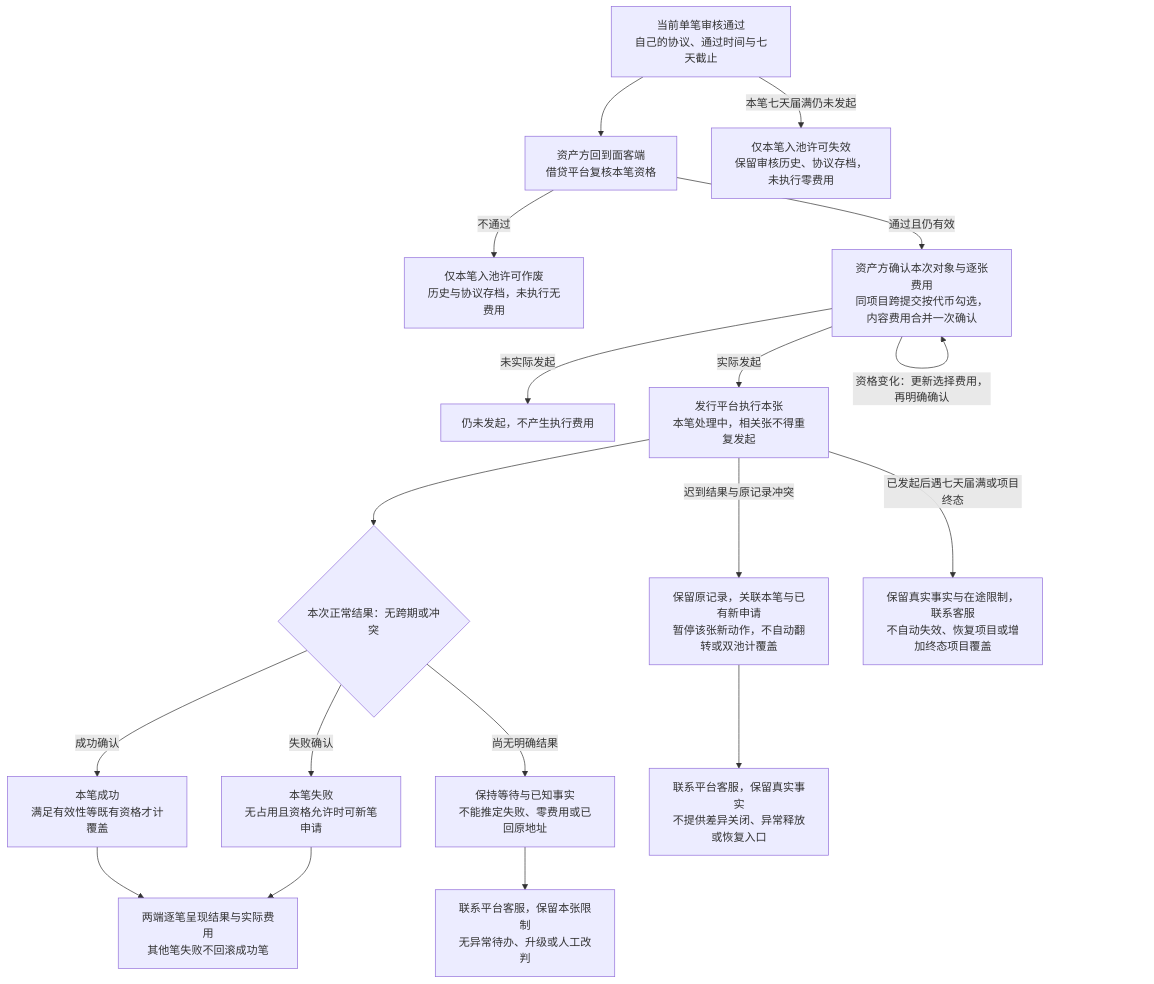
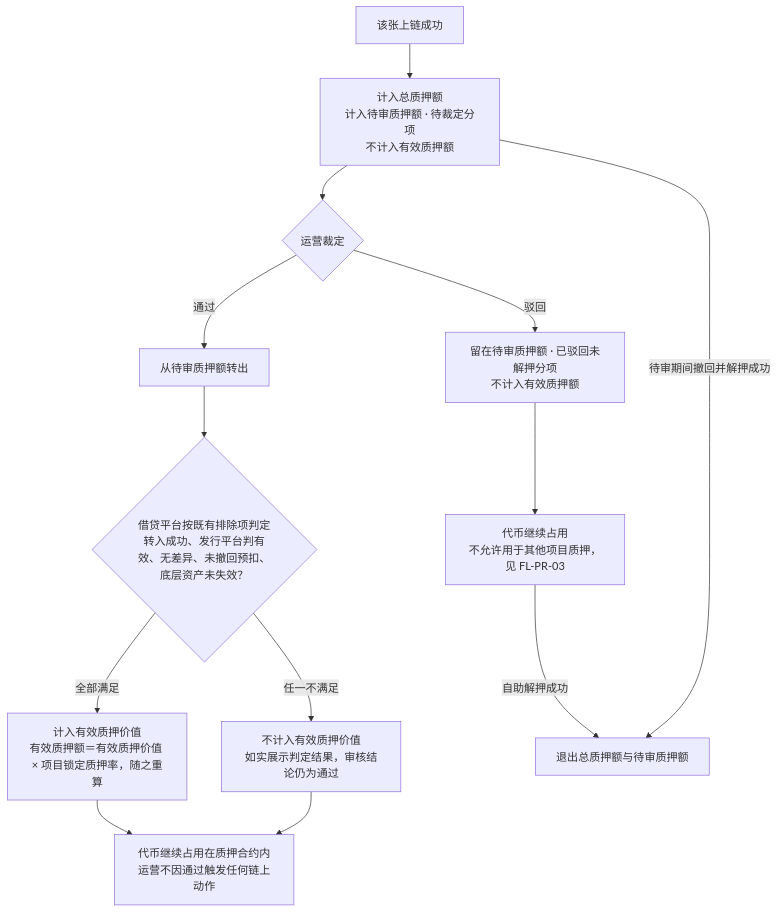
The second of 6 diagrams in lending-platform/PRD/v1.0-代币质押审核/02-代币质押审核-流程图与状态机.md (wxblockchain/Chain-Financing), drawn with Mermaid before and after one commit. The commit also changed other lines of this file and 4 other files, not shown here.

````diff
--- a/lending-platform/PRD/v1.0-代币质押审核/02-代币质押审核-流程图与状态机.md
+++ b/lending-platform/PRD/v1.0-代币质押审核/02-代币质押审核-流程图与状态机.md
@@ -61,20 +64,15 @@
 ```mermaid
 flowchart TD
-  A["当前单笔审核通过<br/>自己的协议、通过时间与七天截止"] --> B["资产方回到面客端<br/>借贷平台复核本笔资格"]
-  B -- "不通过" --> C["仅本笔入池许可作废<br/>历史与协议存档，未执行无费用"]
-  B -- "通过且仍有效" --> D["资产方确认本次对象与逐张费用<br/>同项目跨提交按代币勾选，内容费用合并一次确认"]
-  D -- "未实际发起" --> E["仍未发起，不产生执行费用"]
-  D -- "资格变化：更新选择费用，再明确确认" --> D
-  D -- "实际发起" --> F["发行平台执行本张<br/>本笔处理中，相关张不得重复发起"]
-  F --> G{"本次正常结果：无跨期或冲突"}
-  G -- "成功确认" --> H["本笔成功<br/>满足有效性等既有资格才计覆盖"]
-  G -- "失败确认" --> I["本笔失败<br/>无占用且资格允许时可新笔申请"]
-  G -- "尚无明确结果" --> J["保持等待与已知事实<br/>不能推定失败、零费用或已回原地址"]
-  H --> K["两端逐笔呈现结果与实际费用<br/>其他笔失败不回滚成功笔"]
-  I --> K
-  J --> U["联系平台客服，保留本张限制<br/>无异常待办、升级或人工改判"]
-  F -- "迟到结果与原记录冲突" --> L["保留原记录，关联本笔与已有新申请<br/>暂停该张新动作，不自动翻转或双池计覆盖"]
-  L --> N["联系平台客服，保留真实事实<br/>不提供差异关闭、异常释放或恢复入口"]
-  A -- "本笔七天届满仍未发起" --> O["仅本笔入池许可失效<br/>保留审核历史、协议存档，未执行零费用"]
-  F -- "已发起后遇七天届满或项目终态" --> P["保留真实事实与在途限制，联系客服<br/>不自动失效、恢复项目或增加终态项目覆盖"]
+  A["该张上链成功"] --> B["计入总质押额<br/>计入待审质押额 · 待裁定分项<br/>不计入有效质押额"]
+  B --> C{"运营裁定"}
+  C -- "通过" --> D["从待审质押额转出"]
+  D --> E{"借贷平台按既有排除项判定<br/>转入成功、发行平台判有效、无差异、未撤回预扣、底层资产未失效？"}
+  E -- "全部满足" --> F["计入有效质押价值<br/>有效质押额＝有效质押价值 × 项目锁定质押率，随之重算"]
+  E -- "任一不满足" --> G["不计入有效质押价值<br/>如实展示判定结果，审核结论仍为通过"]
+  C -- "驳回" --> H["留在待审质押额 · 已驳回未解押分项<br/>不计入有效质押额"]
+  F --> I["代币继续占用在质押合约内<br/>运营不因通过触发任何链上动作"]
+  G --> I
+  H --> J["代币继续占用<br/>不允许用于其他项目质押，见 FL-PR-03"]
+  B -- "待审期间撤回并解押成功" --> K["退出总质押额与待审质押额"]
+  J -- "自助解押成功" --> K
 ```
````
